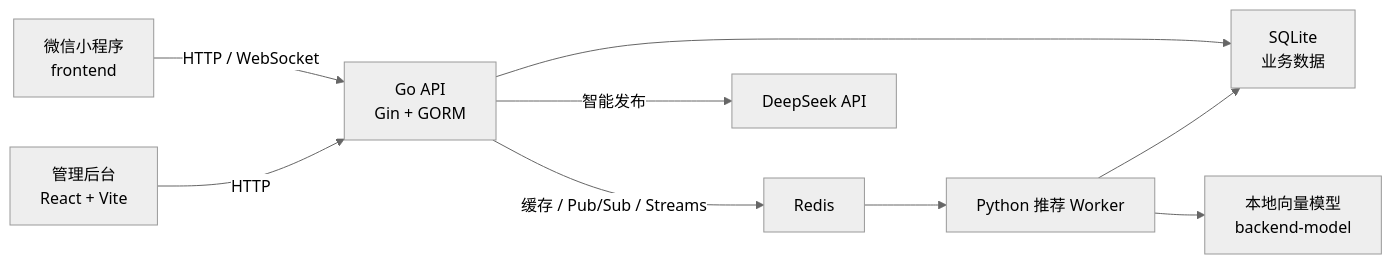
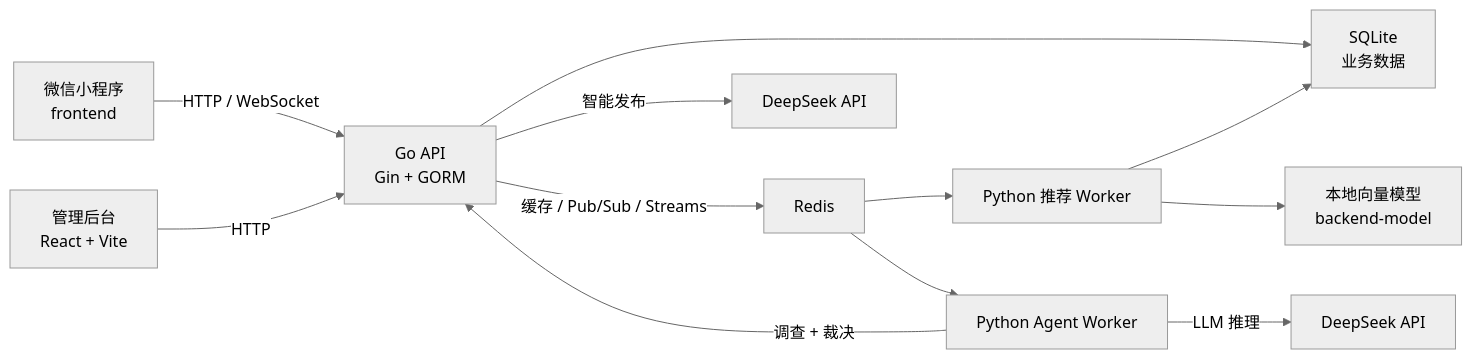
The diagram in README.md (kernel0627/make_friends), drawn with Mermaid (neutral theme) before and after one commit. The commit also changed other lines of this file and 9 other files, not shown here.

````diff
--- a/README.md
+++ b/README.md
@@ -20,11 +20,14 @@
 ```mermaid
 flowchart LR
     Mini["微信小程序<br/>frontend"] -->|"HTTP / WebSocket"| API["Go API<br/>Gin + GORM"]
     Admin["管理后台<br/>React + Vite"] -->|"HTTP"| API
     API --> DB["SQLite<br/>业务数据"]
     API -->|"缓存 / Pub/Sub / Streams"| Redis["Redis"]
     Redis --> Worker["Python 推荐 Worker"]
+    Redis --> Agent["Python Agent Worker"]
     Worker --> DB
     Worker --> Model["本地向量模型<br/>backend-model"]
+    Agent -->|"调查 + 裁决"| API
     API -->|"智能发布"| DeepSeek["DeepSeek API"]
+    Agent -->|"LLM 推理"| LLM["DeepSeek API"]
 ```
````
